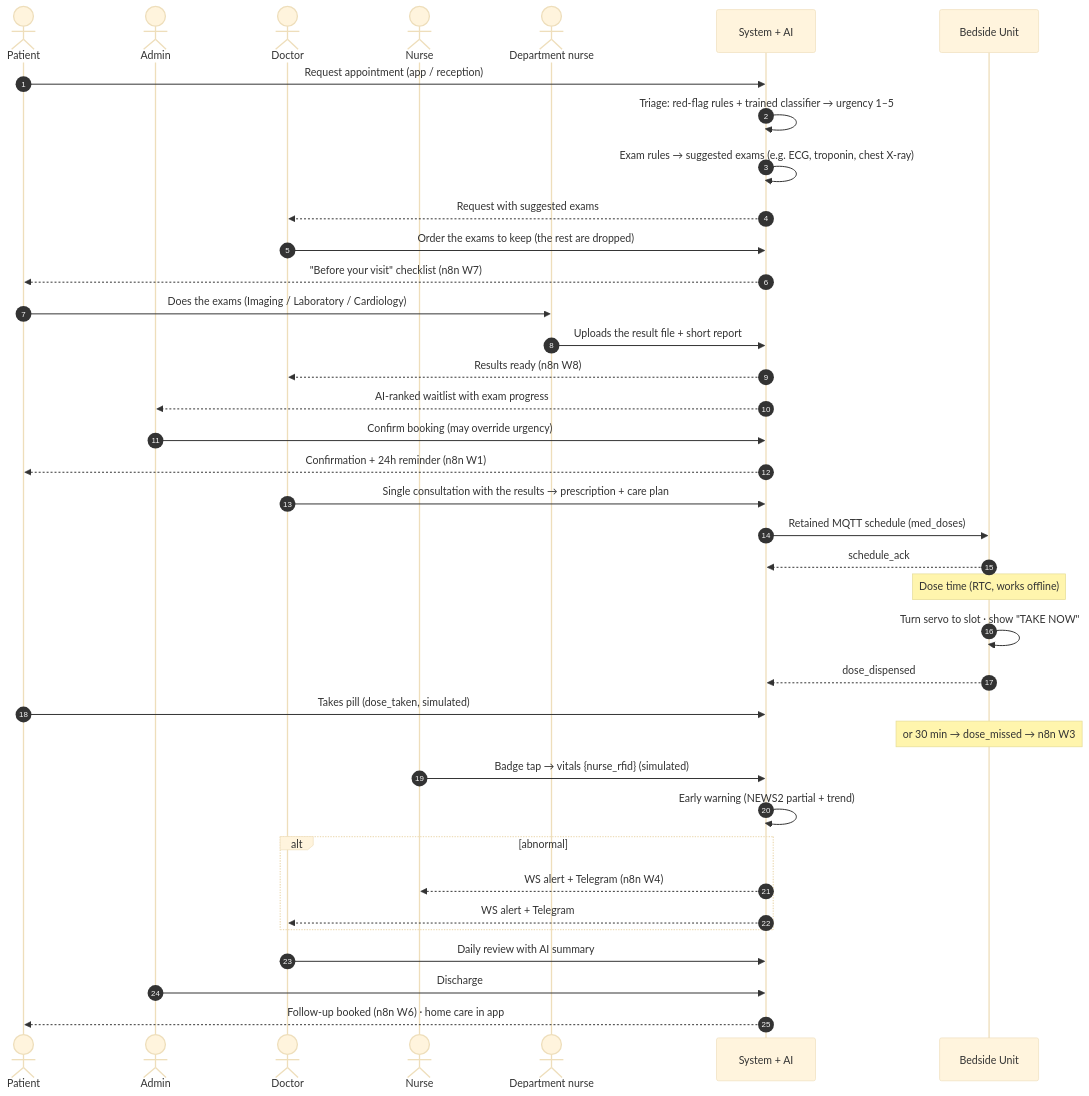
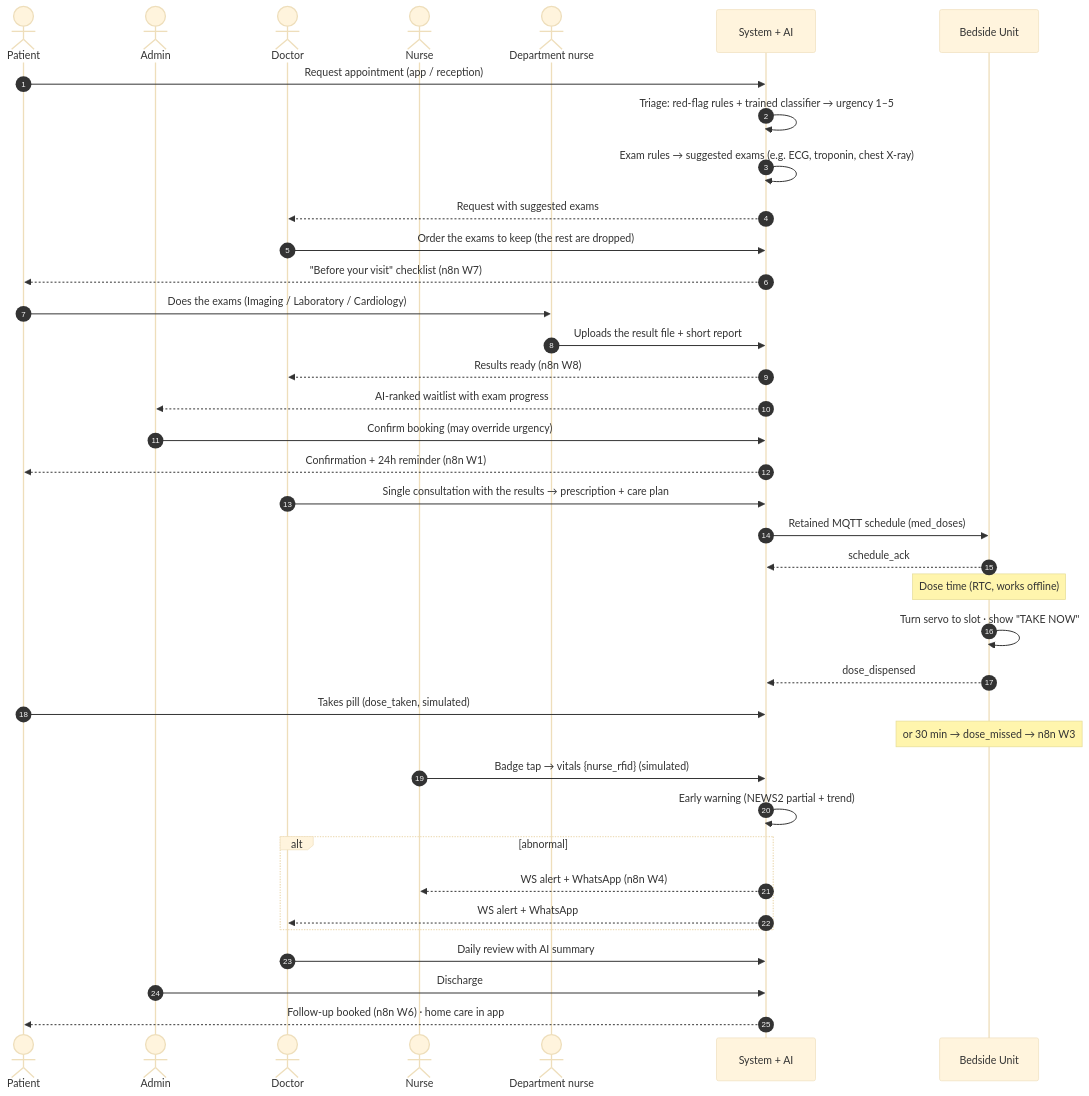
Before and after one commit to Faouzi-Blibech/smarty-hospital-: the third of 6 diagrams in docs/architecture.md, drawn with Mermaid (base theme). The commit also changed other lines of this file and 9 other files, not shown here.

Commit message:
feat(n8n): WhatsApp Cloud API notifications instead of Telegram, bed-only staff alerts

````diff
--- a/docs/architecture.md
+++ b/docs/architecture.md
@@ -144,41 +144,41 @@
 ```mermaid
 sequenceDiagram
   autonumber
   actor P as Patient
   actor A as Admin
   actor D as Doctor
   actor N as Nurse
   actor X as Department nurse
   participant S as System + AI
   participant B as Bedside Unit
 
   P->>S: Request appointment (app / reception)
   S->>S: Triage: red-flag rules + trained classifier → urgency 1–5
   S->>S: Exam rules → suggested exams (e.g. ECG, troponin, chest X-ray)
   S-->>D: Request with suggested exams
   D->>S: Order the exams to keep (the rest are dropped)
   S-->>P: "Before your visit" checklist (n8n W7)
   P->>X: Does the exams (Imaging / Laboratory / Cardiology)
   X->>S: Uploads the result file + short report
   S-->>D: Results ready (n8n W8)
   S-->>A: AI-ranked waitlist with exam progress
   A->>S: Confirm booking (may override urgency)
   S-->>P: Confirmation + 24h reminder (n8n W1)
   D->>S: Single consultation with the results → prescription + care plan
   S->>B: Retained MQTT schedule (med_doses)
   B-->>S: schedule_ack
   Note over B: Dose time (RTC, works offline)
   B->>B: Turn servo to slot · show "TAKE NOW"
   B-->>S: dose_dispensed
   P->>S: Takes pill (dose_taken, simulated)
   Note over B: or 30 min → dose_missed → n8n W3
   N->>S: Badge tap → vitals {nurse_rfid} (simulated)
   S->>S: Early warning (NEWS2 partial + trend)
   alt abnormal
-    S-->>N: WS alert + Telegram (n8n W4)
-    S-->>D: WS alert + Telegram
+    S-->>N: WS alert + WhatsApp (n8n W4)
+    S-->>D: WS alert + WhatsApp
   end
   D->>S: Daily review with AI summary
   A->>S: Discharge
   S-->>P: Follow-up booked (n8n W6) · home care in app
 ```
````
